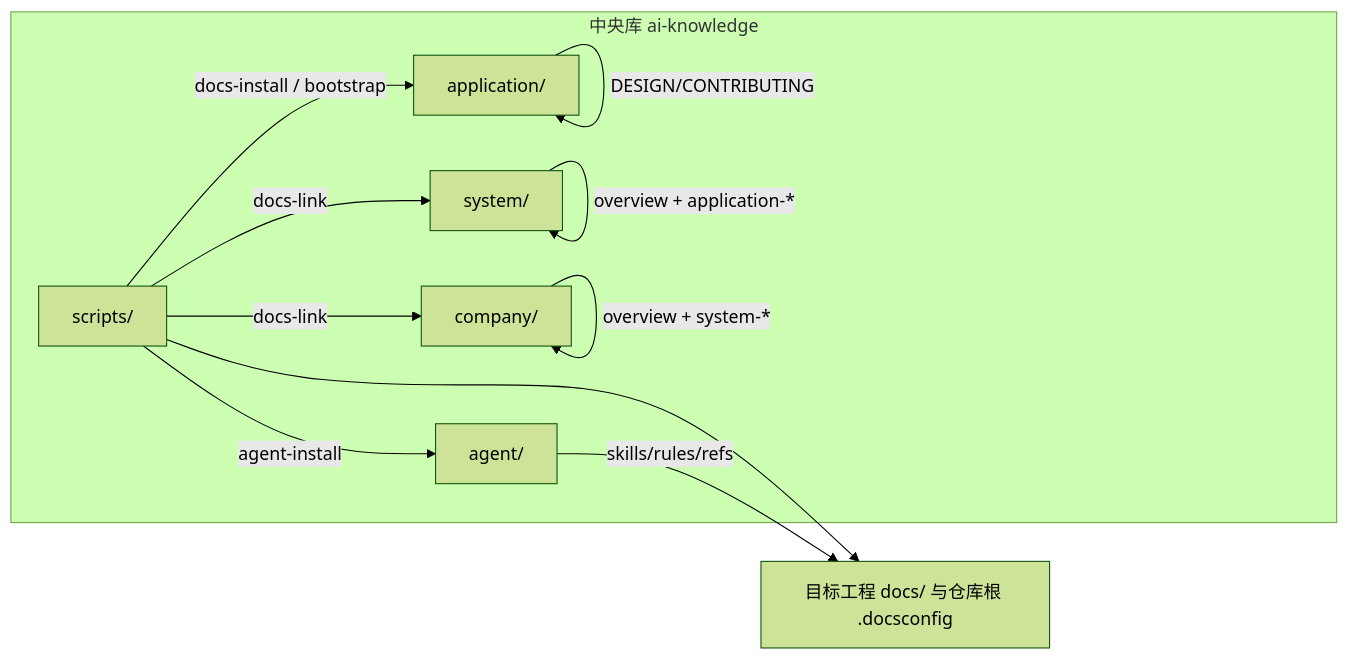
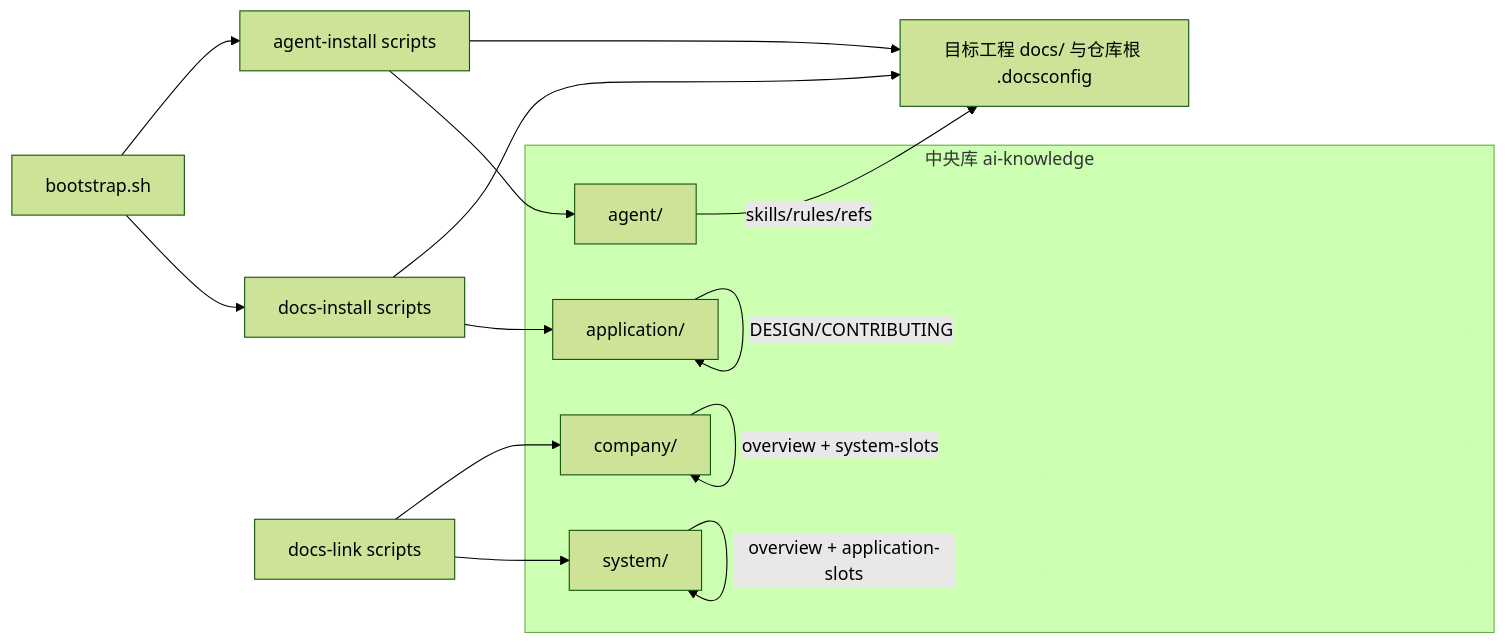
Before and after one commit to oleewen/ai-knowledge: the first of 2 diagrams in INDEX-GUIDE.md, drawn with Mermaid (forest theme). The commit also changed other lines of this file and 1 other file, not shown here.

````diff
--- a/INDEX-GUIDE.md
+++ b/INDEX-GUIDE.md
@@ -83,20 +88,26 @@
 ```mermaid
 flowchart LR
   subgraph central["中央库 ai-knowledge"]
     app["application/"]
     ag["agent/"]
-    sc["scripts/"]
     sys["system/"]
     co["company/"]
   end
   tgt["目标工程 docs/ 与仓库根 .docsconfig"]
-  sc -->|"docs-install / bootstrap"| app
-  sc -->|"agent-install"| ag
-  sc -->|"docs-link"| sys
-  sc -->|"docs-link"| co
-  sc --> tgt
+  boot["bootstrap.sh"]
+  di["docs-install scripts"]
+  ai["agent-install scripts"]
+  dl["docs-link scripts"]
+  boot --> di
+  boot --> ai
+  di --> app
+  di --> tgt
+  ai --> ag
+  ai --> tgt
+  dl --> sys
+  dl --> co
   app -->|"DESIGN/CONTRIBUTING"| app
-  sys -->|"overview + application-*"| sys
-  co -->|"overview + system-*"| co
+  sys -->|"overview + application-slots"| sys
+  co -->|"overview + system-slots"| co
   ag -->|"skills/rules/refs"| tgt
 ```
````
